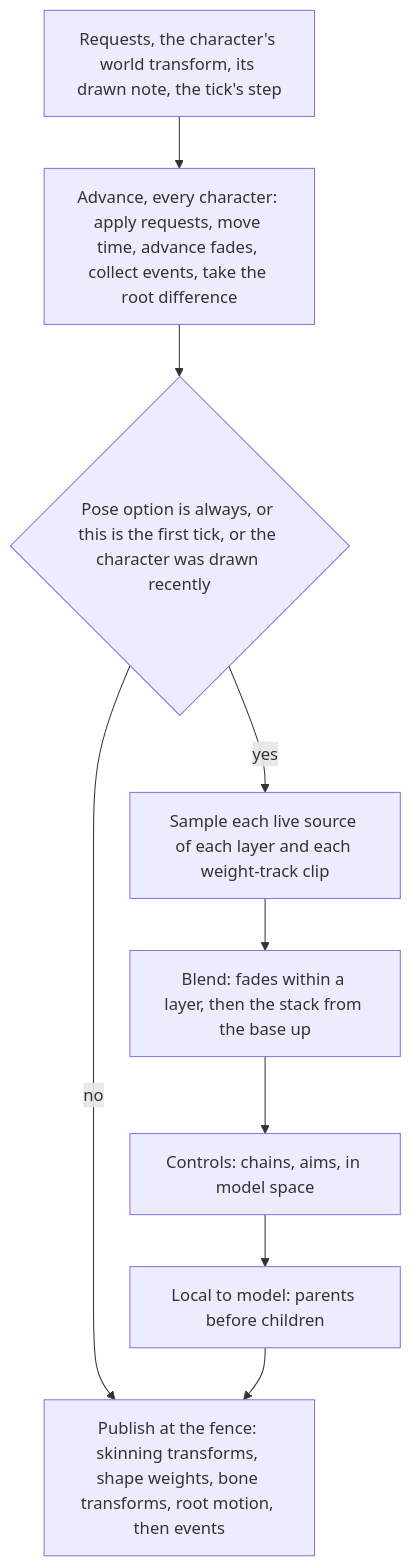
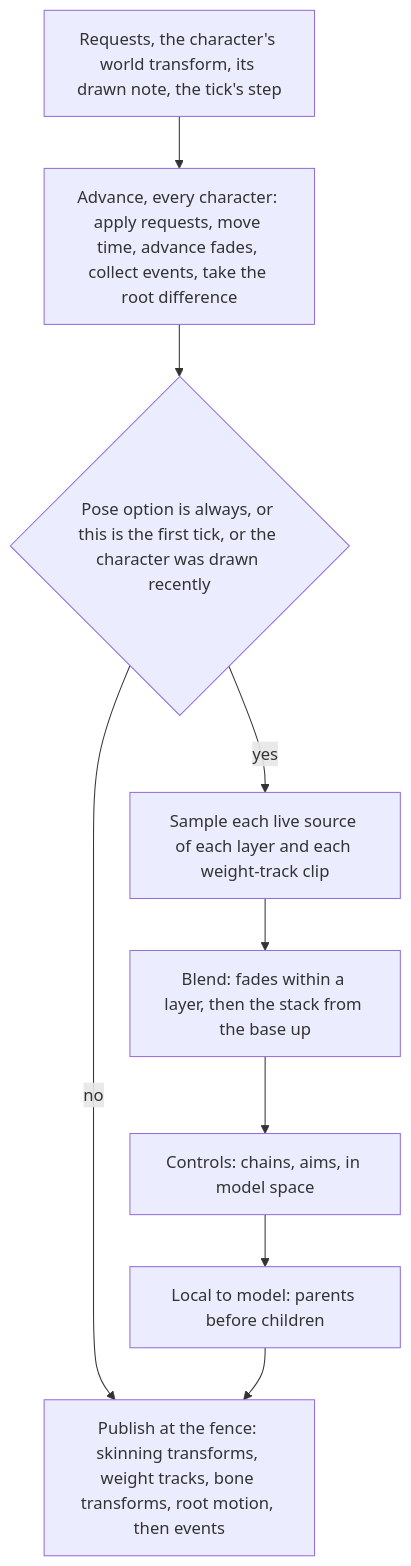
One commit to plainsight-systems/bullet-witch changed the second of 4 diagrams in docs/architecture/animation.md. Above: the diagram before and after it, drawn with Mermaid. The commit also changed other lines of this file and 2 other files, not shown here.

First line of the commit message:
Bind shape weights in the geometry feed: animation publishes weight tracks by name and the feed owns the active rule, the clamp and the comparison

````diff
--- a/docs/architecture/animation.md
+++ b/docs/architecture/animation.md
@@ -156,11 +158,11 @@
 ```mermaid
 flowchart TD
     RQ["Requests, the character's world transform, its drawn note, the tick's step"] --> AD["Advance, every character: apply requests, move time, advance fades, collect events, take the root difference"]
     AD --> NP{"Pose option is always, or this is the first tick, or the character was drawn recently"}
     NP -- no --> PB
     NP -- yes --> SM["Sample each live source of each layer and each weight-track clip"]
     SM --> BL["Blend: fades within a layer, then the stack from the base up"]
     BL --> CN["Controls: chains, aims, in model space"]
     CN --> LM["Local to model: parents before children"]
-    LM --> PB["Publish at the fence: skinning transforms, shape weights, bone transforms, root motion, then events"]
+    LM --> PB["Publish at the fence: skinning transforms, weight tracks, bone transforms, root motion, then events"]
 ```
````
